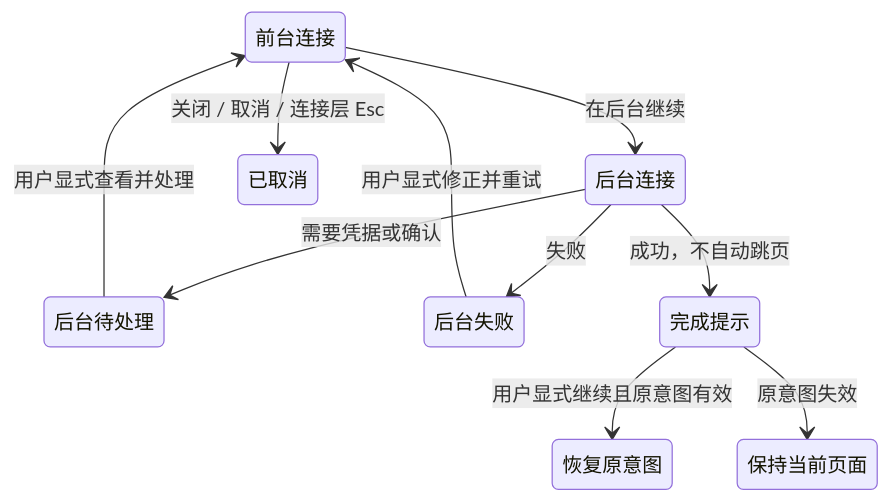
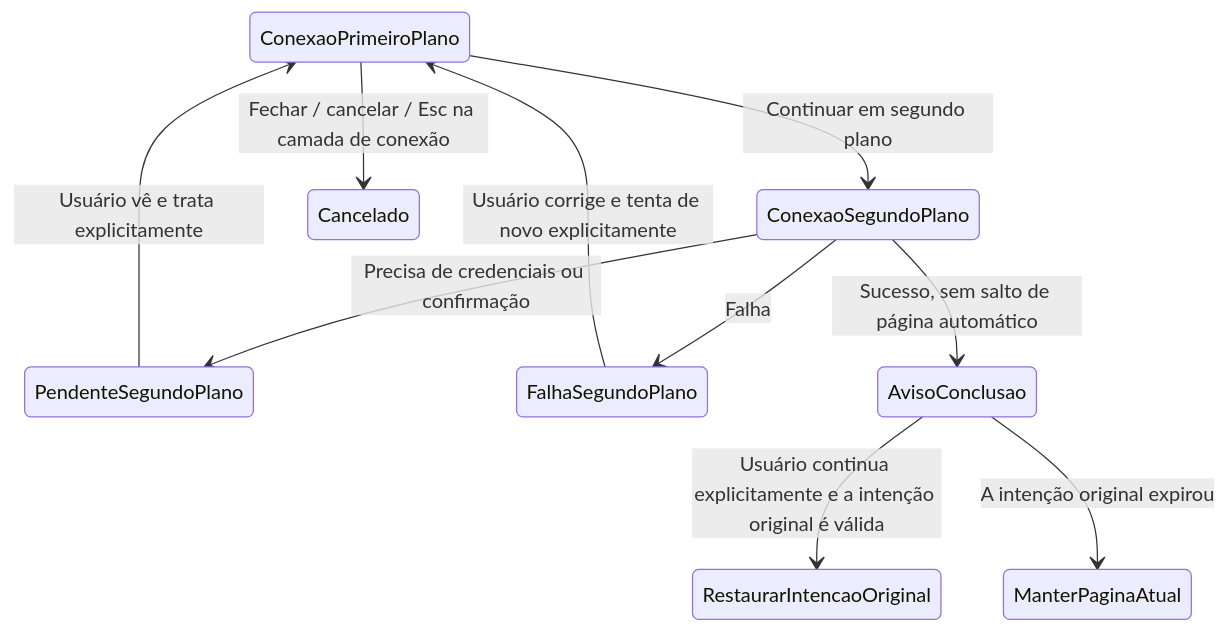
One commit to JoaoNetoDev/BR-Code changed the diagram in docs/issues/remote-connection-ux/22-background-connection-and-explicit-resume.md. Above: the diagram before and after it, drawn with Mermaid. The commit also changed other lines of this file and 177 other files, not shown here.

````diff
--- a/docs/issues/remote-connection-ux/22-background-connection-and-explicit-resume.md
+++ b/docs/issues/remote-connection-ux/22-background-connection-and-explicit-resume.md
@@ -19,12 +19,12 @@
 ```mermaid
 stateDiagram-v2
-    前台连接 --> 后台连接: 在后台继续
-    后台连接 --> 后台待处理: 需要凭据或确认
-    后台待处理 --> 前台连接: 用户显式查看并处理
-    后台连接 --> 后台失败: 失败
-    后台失败 --> 前台连接: 用户显式修正并重试
-    后台连接 --> 完成提示: 成功，不自动跳页
-    完成提示 --> 恢复原意图: 用户显式继续且原意图有效
-    完成提示 --> 保持当前页面: 原意图失效
-    前台连接 --> 已取消: 关闭 / 取消 / 连接层 Esc
+    ConexaoPrimeiroPlano --> ConexaoSegundoPlano: Continuar em segundo plano
+    ConexaoSegundoPlano --> PendenteSegundoPlano: Precisa de credenciais ou confirmação
+    PendenteSegundoPlano --> ConexaoPrimeiroPlano: Usuário vê e trata explicitamente
+    ConexaoSegundoPlano --> FalhaSegundoPlano: Falha
+    FalhaSegundoPlano --> ConexaoPrimeiroPlano: Usuário corrige e tenta de novo explicitamente
+    ConexaoSegundoPlano --> AvisoConclusao: Sucesso, sem salto de página automático
+    AvisoConclusao --> RestaurarIntencaoOriginal: Usuário continua explicitamente e a intenção original é válida
+    AvisoConclusao --> ManterPaginaAtual: A intenção original expirou
+    ConexaoPrimeiroPlano --> Cancelado: Fechar / cancelar / Esc na camada de conexão
 ```
````
